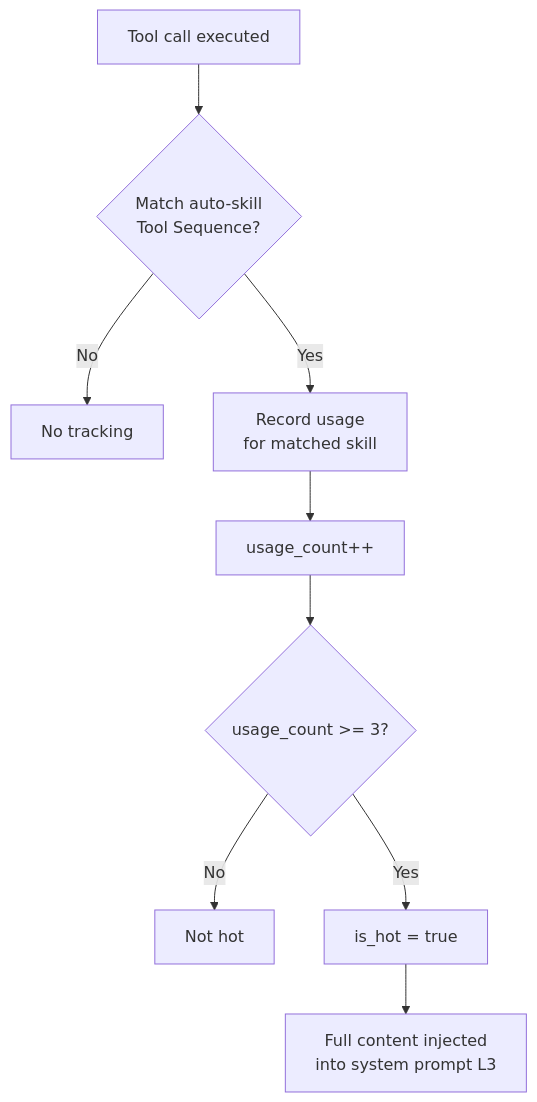
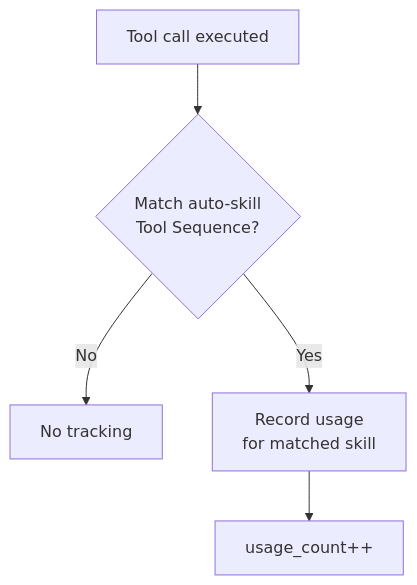
The fourth of 4 diagrams in README.md (beancookie/xiaoclaw), drawn with Mermaid before and after one commit. The commit also changed other lines of this file and 3 other files, not shown here.

````diff
--- a/README.md
+++ b/README.md
@@ -496,11 +493,7 @@
 ```mermaid
 flowchart TB
     A[Tool call executed] --> B{Match auto-skill<br/>Tool Sequence?}
     B -->|No| Z[No tracking]
     B -->|Yes| C[Record usage<br/>for matched skill]
     C --> D[usage_count++]
-    D --> E{usage_count >= 3?}
-    E -->|No| F[Not hot]
-    E -->|Yes| G[is_hot = true]
-    G --> H[Full content injected<br/>into system prompt L3]
 ```
````
